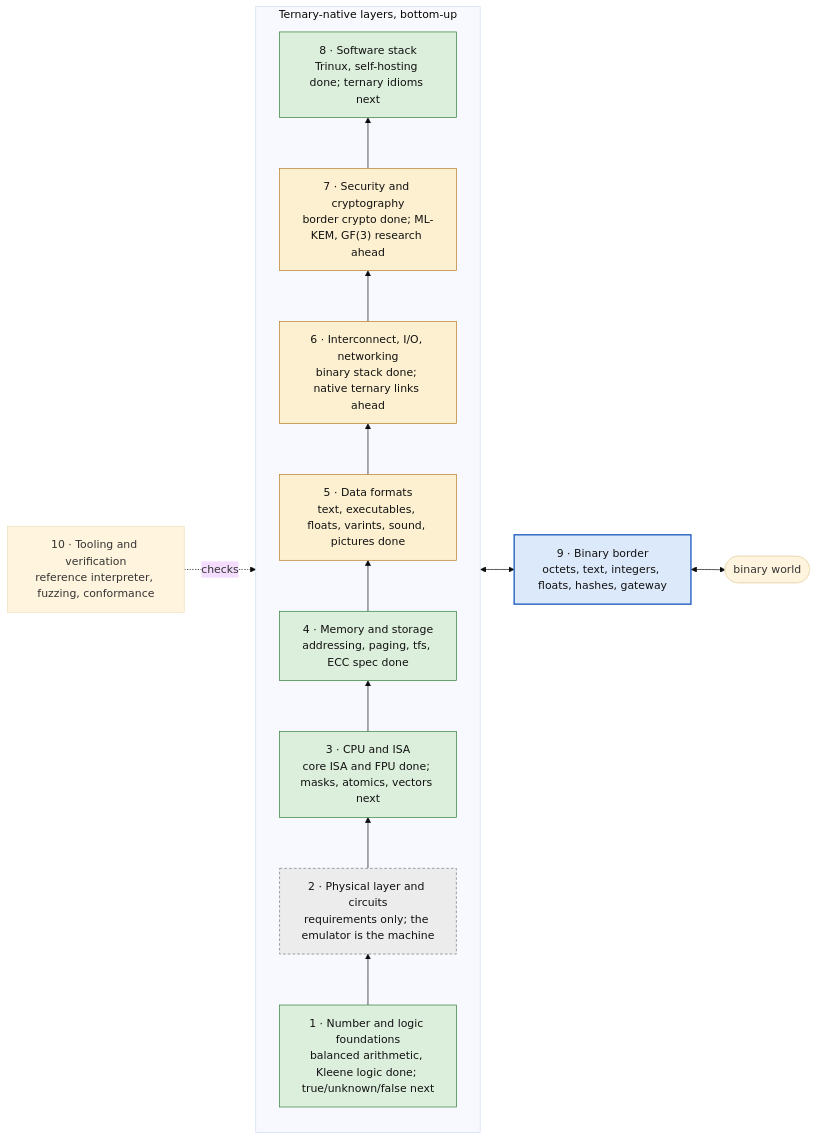
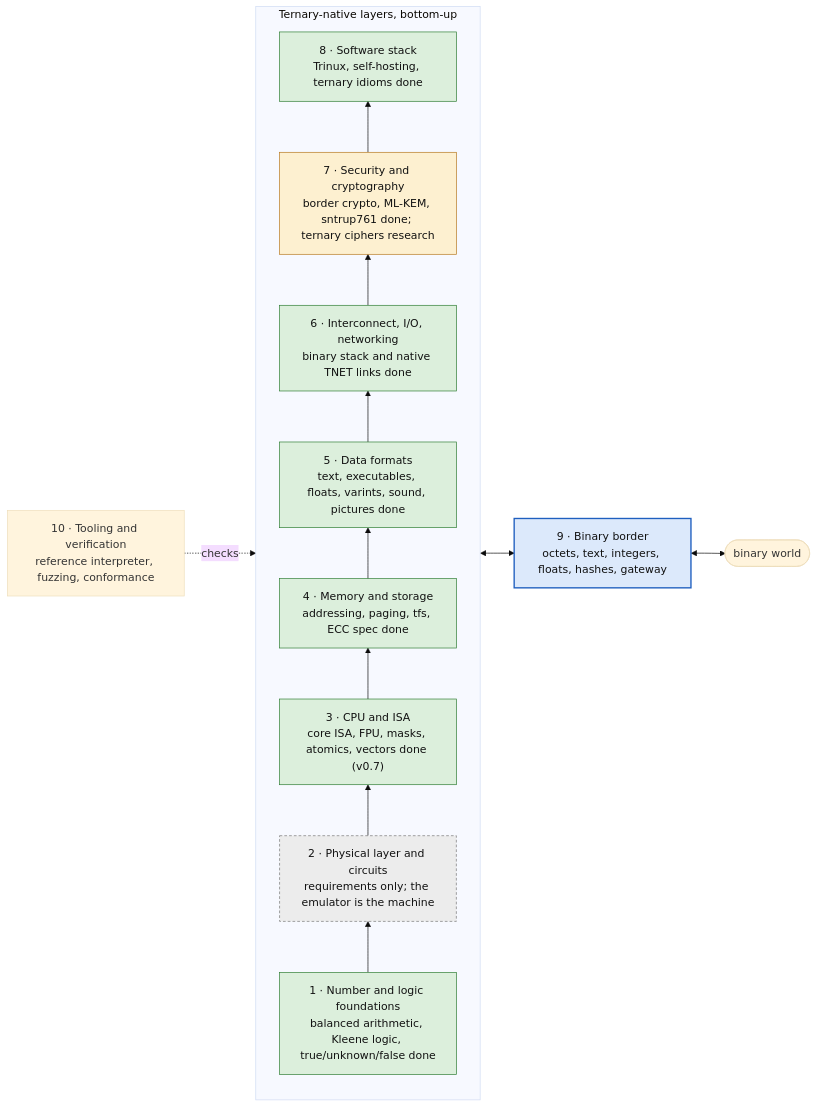
One commit to darkclad/Setun changed the first of 2 diagrams in docs/TERNARY_WORLD.md. Above: the diagram before and after it, drawn with Mermaid (base theme). The commit also changed other lines of this file and 11 other files, not shown here.

````diff
--- a/docs/TERNARY_WORLD.md
+++ b/docs/TERNARY_WORLD.md
@@ -23,28 +23,28 @@
 ```mermaid
 flowchart LR
     T["10 · Tooling and verification<br/>reference interpreter, fuzzing, conformance"]
     subgraph stack ["Ternary-native layers, bottom-up"]
         direction BT
-        L1["1 · Number and logic foundations<br/>balanced arithmetic, Kleene logic done; true/unknown/false next"]
+        L1["1 · Number and logic foundations<br/>balanced arithmetic, Kleene logic, true/unknown/false done"]
         L2["2 · Physical layer and circuits<br/>requirements only; the emulator is the machine"]
-        L3["3 · CPU and ISA<br/>core ISA and FPU done; masks, atomics, vectors next"]
+        L3["3 · CPU and ISA<br/>core ISA, FPU, masks, atomics, vectors done (v0.7)"]
         L4["4 · Memory and storage<br/>addressing, paging, tfs, ECC spec done"]
         L5["5 · Data formats<br/>text, executables, floats, varints, sound, pictures done"]
-        L6["6 · Interconnect, I/O, networking<br/>binary stack done; native ternary links ahead"]
-        L7["7 · Security and cryptography<br/>border crypto done; ML-KEM, GF(3) research ahead"]
-        L8["8 · Software stack<br/>Trinux, self-hosting done; ternary idioms next"]
+        L6["6 · Interconnect, I/O, networking<br/>binary stack and native TNET links done"]
+        L7["7 · Security and cryptography<br/>border crypto, ML-KEM, sntrup761 done; ternary ciphers research"]
+        L8["8 · Software stack<br/>Trinux, self-hosting, ternary idioms done"]
         L1 --> L2 --> L3 --> L4 --> L5 --> L6 --> L7 --> L8
     end
     B["9 · Binary border<br/>octets, text, integers, floats, hashes, gateway"]
     W(["binary world"])
     T -. checks .-> stack
     stack <--> B <--> W
     classDef done fill:#dcefdc,stroke:#2e7d32,color:#111
     classDef partial fill:#fdf0d0,stroke:#b7791f,color:#111
     classDef research fill:#ececec,stroke:#777,color:#111,stroke-dasharray:4 3
     classDef border fill:#dce9fb,stroke:#1f5fbf,color:#111,stroke-width:2px
-    class L1,L3,L4,L8 done
-    class L5,L6,L7 partial
+    class L1,L3,L4,L5,L6,L8 done
+    class L7 partial
     class L2 research
     class B border
 ```
````
